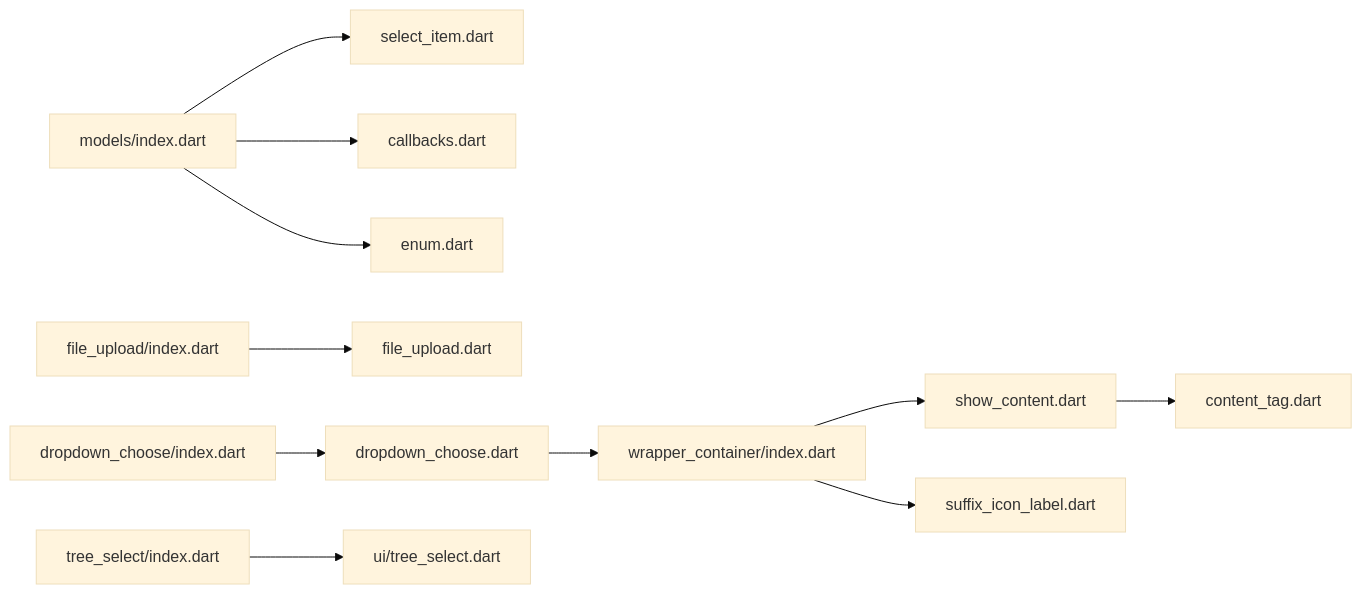
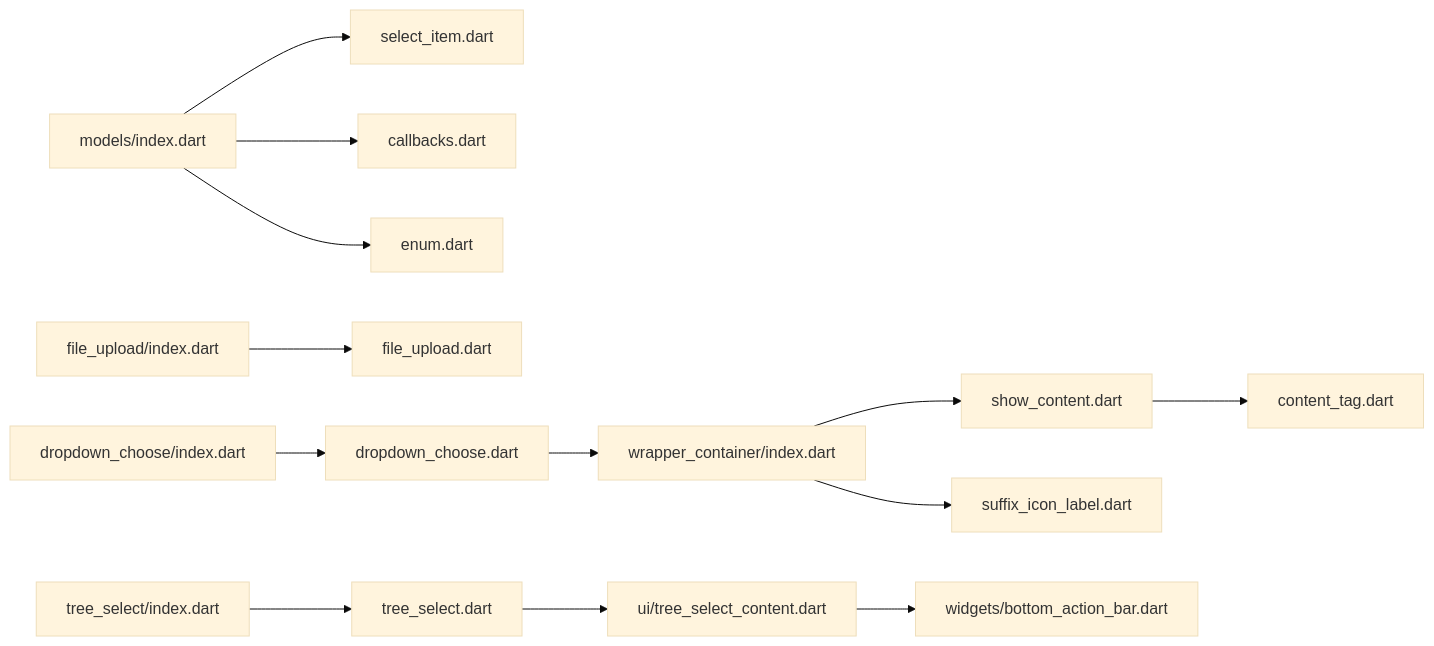
One commit to yuzhido/lite-ui changed the eighth of 8 diagrams in .qoder/repowiki/zh/content/API 参考/高级组件 API/高级组件 API.md. Above: the diagram before and after it, drawn with Mermaid (base theme). The commit also changed other lines of this file and 22 other files, not shown here.

````diff
--- a/.qoder/repowiki/zh/content/API 参考/高级组件 API/高级组件 API.md
+++ b/.qoder/repowiki/zh/content/API 参考/高级组件 API/高级组件 API.md
@@ -505,13 +421,15 @@
 ```mermaid
 graph LR
 Models["models/index.dart"] --> SI["select_item.dart"]
 Models --> CB["callbacks.dart"]
 Models --> EN["enum.dart"]
 FU["file_upload/index.dart"] --> FC["file_upload.dart"]
 DC["dropdown_choose/index.dart"] --> DD["dropdown_choose.dart"]
 DD --> WC["wrapper_container/index.dart"]
 WC --> SC["show_content.dart"]
 WC --> SIL["suffix_icon_label.dart"]
 SC --> CT["content_tag.dart"]
-TS["tree_select/index.dart"] --> TU["ui/tree_select.dart"]
+TS["tree_select/index.dart"] --> TU["tree_select.dart"]
+TU --> TMC["ui/tree_select_content.dart"]
+TMC --> BAB["widgets/bottom_action_bar.dart"]
 ```
````
